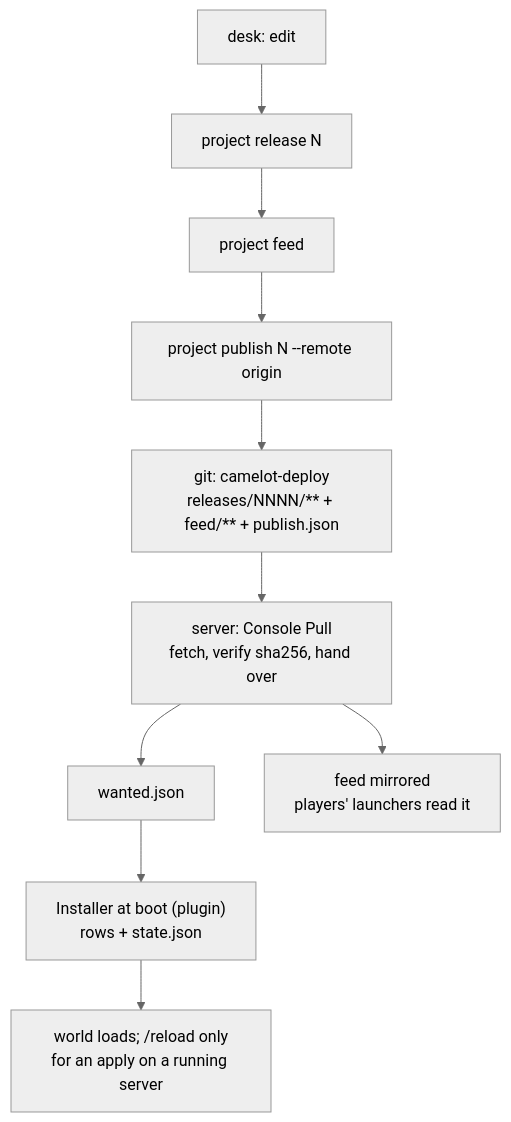
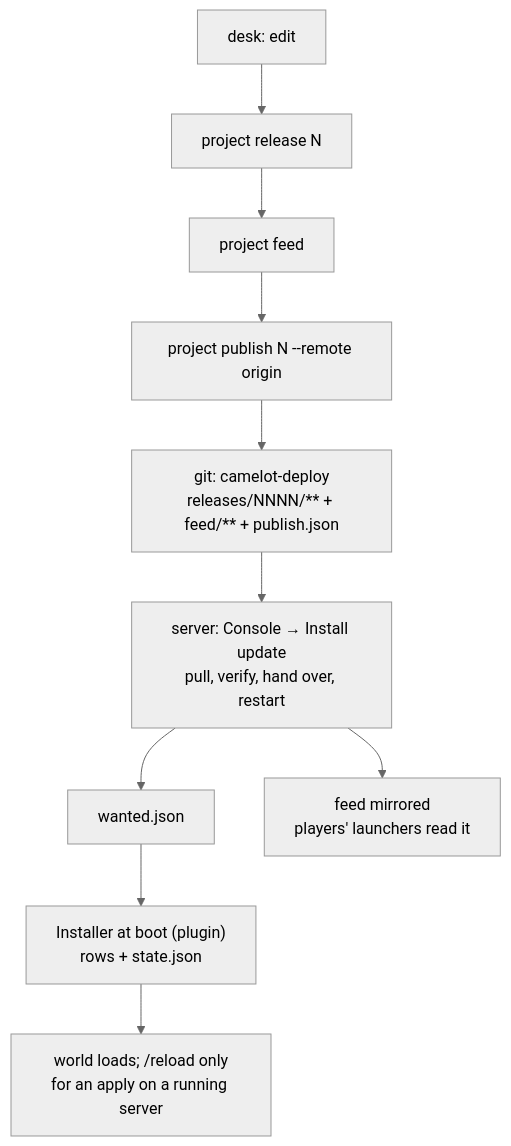
One commit to camelot-forge/camelot-studio changed the diagram in docs/admin.md. Above: the diagram before and after it, drawn with Mermaid (neutral theme). The commit also changed other lines of this file and 5 other files, not shown here.

````diff
--- a/docs/admin.md
+++ b/docs/admin.md
@@ -369,12 +319,12 @@
 ```mermaid
 flowchart TD
     A["desk: edit"] --> B["project release N"]
     B --> C["project feed"]
     C --> D["project publish N --remote origin"]
     D --> E["git: camelot-deploy<br/>releases/NNNN/** + feed/** + publish.json"]
-    E --> F["server: Console Pull<br/>fetch, verify sha256, hand over"]
+    E --> F["server: Console → Install update<br/>pull, verify, hand over, restart"]
     F --> G["wanted.json"]
     G --> H["Installer at boot (plugin)<br/>rows + state.json"]
     H --> I["world loads; /reload only<br/>for an apply on a running server"]
     F --> J["feed mirrored<br/>players' launchers read it"]
 ```
````
